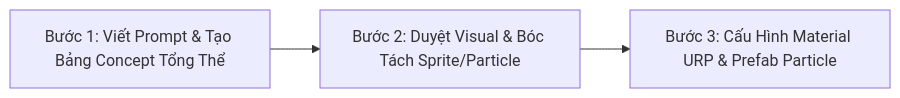
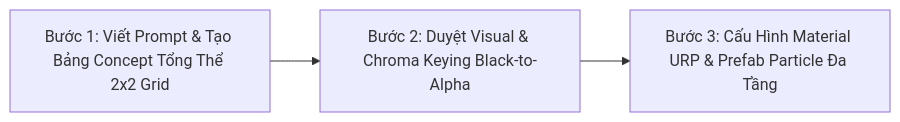
One commit to thuongtran1210/Projectzombie changed the second of 2 diagrams in Assets/Features/Weapons/WEAPON_SYSTEM_DOC.md. Above: the diagram before and after it, drawn with Mermaid. The commit also changed other lines of this file and 17 other files, not shown here.

````diff
--- a/Assets/Features/Weapons/WEAPON_SYSTEM_DOC.md
+++ b/Assets/Features/Weapons/WEAPON_SYSTEM_DOC.md
@@ -97,5 +110,5 @@
 ```mermaid
 graph LR
-    A[Bước 1: Viết Prompt & Tạo Bảng Concept Tổng Thể] --> B[Bước 2: Duyệt Visual & Bóc Tách Sprite/Particle]
-    B --> C[Bước 3: Cấu Hình Material URP & Prefab Particle]
+    A[Bước 1: Viết Prompt & Tạo Bảng Concept Tổng Thể 2x2 Grid] --> B[Bước 2: Duyệt Visual & Chroma Keying Black-to-Alpha]
+    B --> C[Bước 3: Cấu Hình Material URP & Prefab Particle Đa Tầng]
 ```
````
